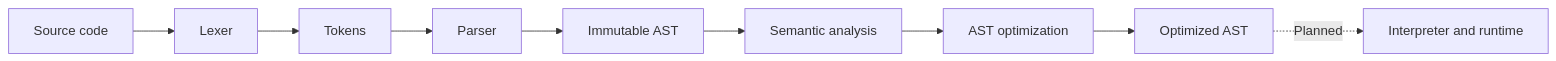
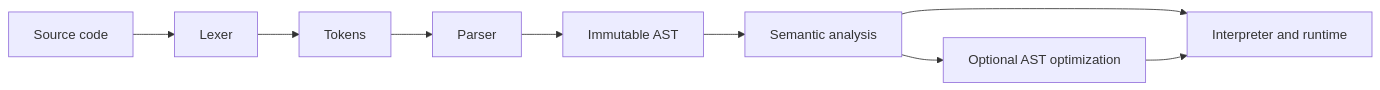
One commit to AlexToday111/language-compiler changed the diagram in README.md. Above: the diagram before and after it, drawn with Mermaid. The commit also changed other lines of this file and 1 other file, not shown here.

Commit message:
docs(interpreter): explain CLI usage and runtime conventions

````diff
--- a/README.md
+++ b/README.md
@@ -12,11 +10,11 @@
 ```mermaid
 flowchart LR
     Source[Source code] --> Lexer[Lexer]
     Lexer --> Tokens[Tokens]
     Tokens --> Parser[Parser]
     Parser --> AST[Immutable AST]
     AST --> Semantic[Semantic analysis]
-    Semantic --> Optimizer[AST optimization]
-    Optimizer --> Result[Optimized AST]
-    Result -. Planned .-> Runtime[Interpreter and runtime]
+    Semantic --> Runtime[Interpreter and runtime]
+    Semantic --> Optimizer[Optional AST optimization]
+    Optimizer --> Runtime
 ```
````
